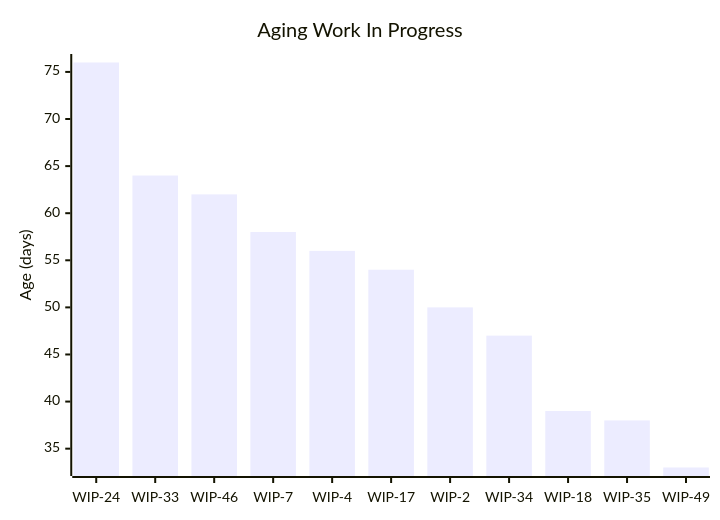
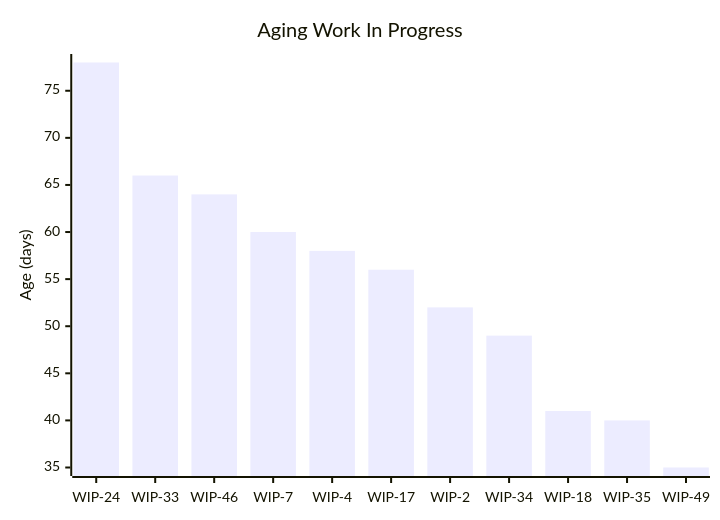
One commit to cbroult/predictability-engine changed the first of 5 diagrams in data/samples/reports/sample_data_large/types/Improvement.md. Above: the diagram before and after it, drawn with Mermaid. The commit also changed other lines of this file and 73 other files, not shown here.

````diff
--- a/data/samples/reports/sample_data_large/types/Improvement.md
+++ b/data/samples/reports/sample_data_large/types/Improvement.md
@@ -30,7 +30,7 @@
 ```mermaid
 xychart-beta
     title "Aging Work In Progress"
     x-axis ["WIP-24", "WIP-33", "WIP-46", "WIP-7", "WIP-4", "WIP-17", "WIP-2", "WIP-34", "WIP-18", "WIP-35", "WIP-49"]
     y-axis "Age (days)"
-    bar "Age" [76, 64, 62, 58, 56, 54, 50, 47, 39, 38, 33]
+    bar "Age" [78, 66, 64, 60, 58, 56, 52, 49, 41, 40, 35]
 ```
````
